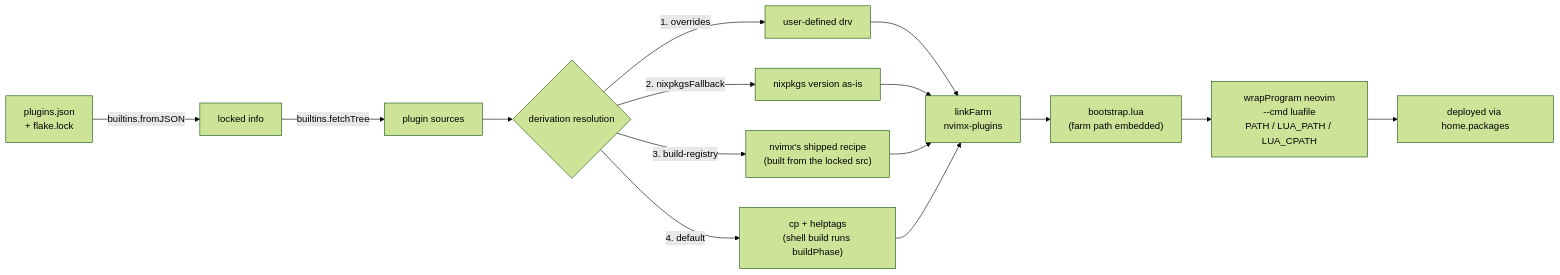
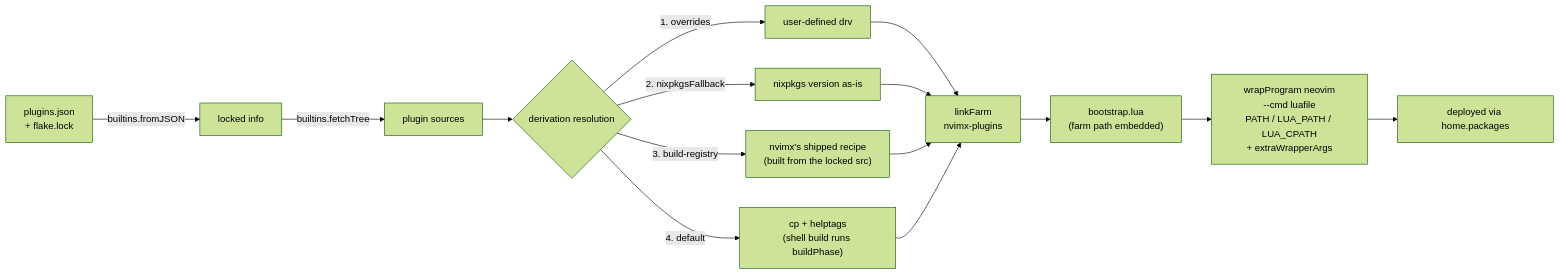
One commit to myuron/nvimx changed the third of 3 diagrams in docs/architecture.md. Above: the diagram before and after it, drawn with Mermaid (forest theme). The commit also changed other lines of this file and 5 other files, not shown here.

First line of the commit message:
feat(hm): add extraWrapperArgs option

````diff
--- a/docs/architecture.md
+++ b/docs/architecture.md
@@ -97,14 +97,14 @@
 ```mermaid
 flowchart LR
     A["plugins.json<br/>+ flake.lock"] -- "builtins.fromJSON" --> B["locked info"]
     B -- "builtins.fetchTree" --> C["plugin sources"]
     C --> D{"derivation resolution"}
     D -- "1. overrides" --> E["user-defined drv"]
     D -- "2. nixpkgsFallback" --> F["nixpkgs version as-is"]
     D -- "3. build-registry" --> G["nvimx's shipped recipe<br/>(built from the locked src)"]
     D -- "4. default" --> H["cp + helptags<br/>(shell build runs buildPhase)"]
     E & F & G & H --> I["linkFarm<br/>nvimx-plugins"]
     I --> J["bootstrap.lua<br/>(farm path embedded)"]
-    J --> K["wrapProgram neovim<br/>--cmd luafile<br/>PATH / LUA_PATH / LUA_CPATH"]
+    J --> K["wrapProgram neovim<br/>--cmd luafile<br/>PATH / LUA_PATH / LUA_CPATH<br/>+ extraWrapperArgs"]
     K --> M["deployed via home.packages"]
 ```
````
